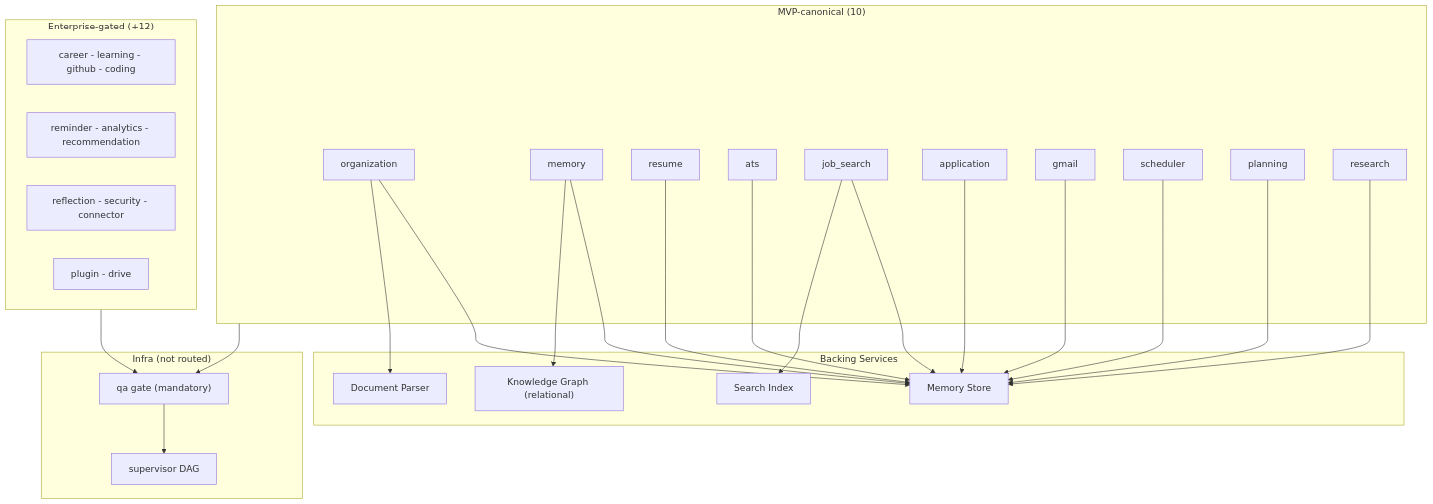
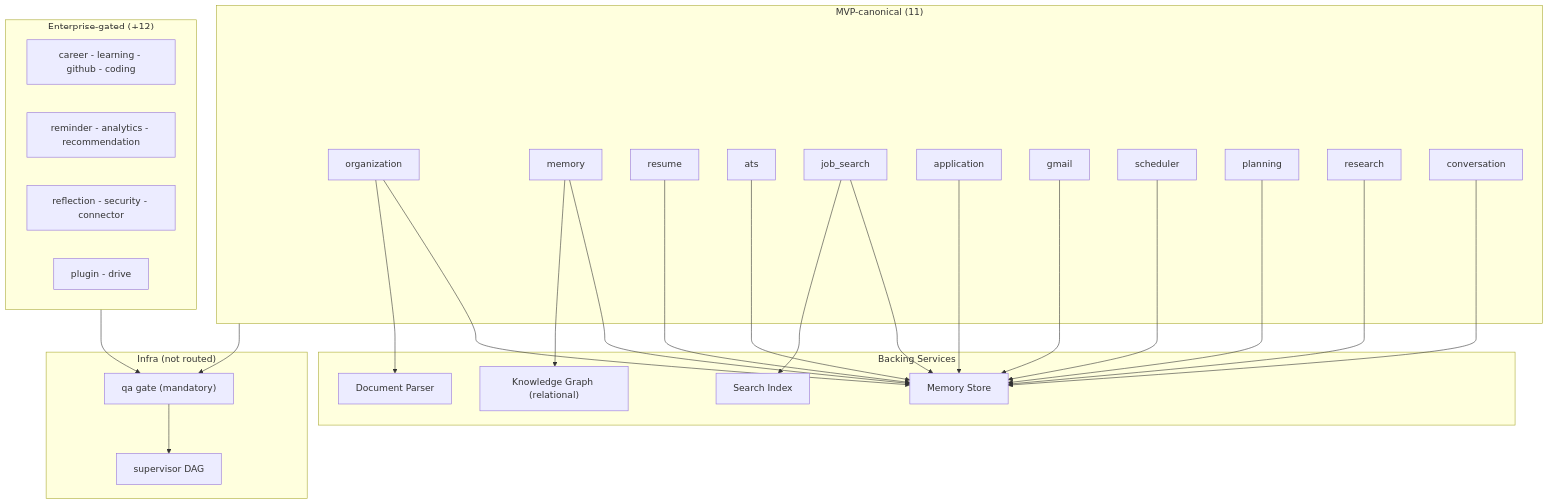
Before and after one commit to Driftloom/Vaeloom: the diagram in docs/agents/mvp/agent-inventory.md, drawn with Mermaid. The commit also changed other lines of this file and 7 other files, not shown here.

First line of the commit message:
fix(orchestrator): include conversation in MVP canonical scope

````diff
--- a/docs/agents/mvp/agent-inventory.md
+++ b/docs/agents/mvp/agent-inventory.md
@@ -14,42 +14,43 @@
 ```mermaid
 graph TD
-  subgraph MVP["MVP-canonical (10)"]
+  subgraph MVP["MVP-canonical (11)"]
   A1["organization"]
   A2["memory"]
   A3["resume"]
   A4["ats"]
   A5["job_search"]
   A6["application"]
   A7["gmail"]
   A8["scheduler"]
   A9["planning"]
   A10["research"]
+  A11["conversation"]
   end
 
   subgraph ENT["Enterprise-gated (+12)"]
   E1["career - learning - github - coding"]
   E2["reminder - analytics - recommendation"]
   E3["reflection - security - connector"]
   E4["plugin - drive"]
   end
 
   subgraph INFRA["Infra (not routed)"]
   QA["qa gate (mandatory)"]
   SUP["supervisor DAG"]
   end
 
   subgraph Services["Backing Services"]
   S1["Memory Store"]
   S2["Knowledge Graph (relational)"]
   S3["Document Parser"]
   S4["Search Index"]
   end
 
   MVP --> QA
   ENT --> QA
   QA --> SUP
-  A1 & A2 & A3 & A4 & A5 & A6 & A7 & A8 & A9 & A10 --> S1
+  A1 & A2 & A3 & A4 & A5 & A6 & A7 & A8 & A9 & A10 & A11 --> S1
   A2 --> S2
   A1 --> S3
   A5 --> S4
 ```
````
